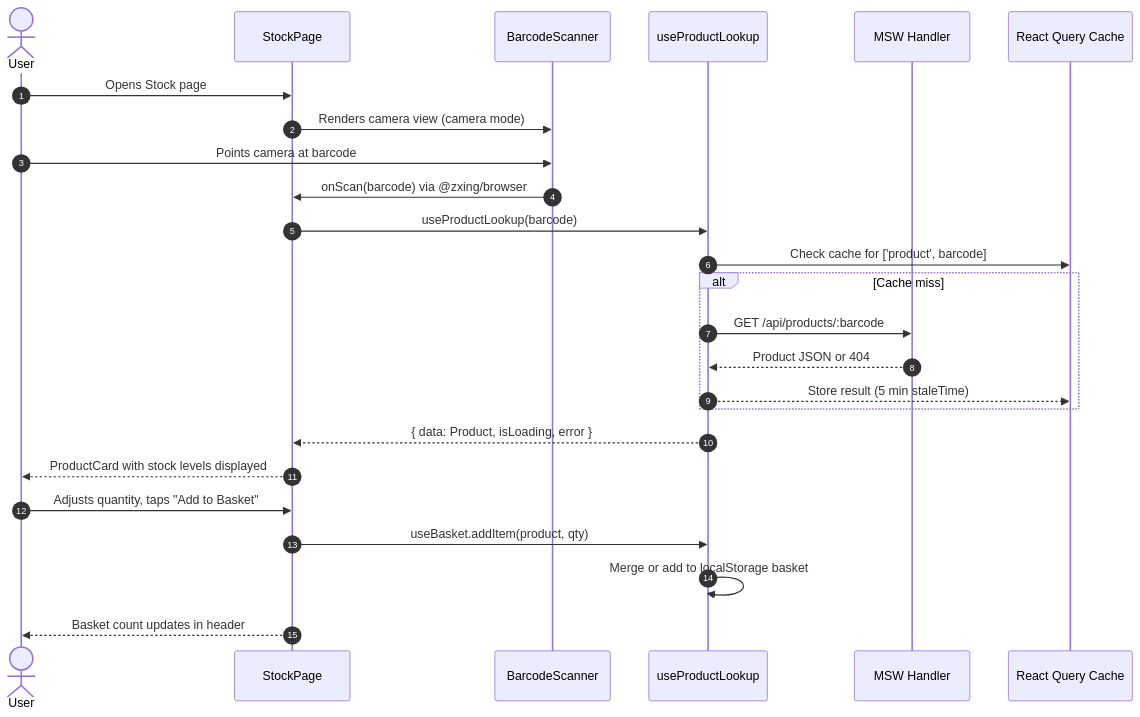
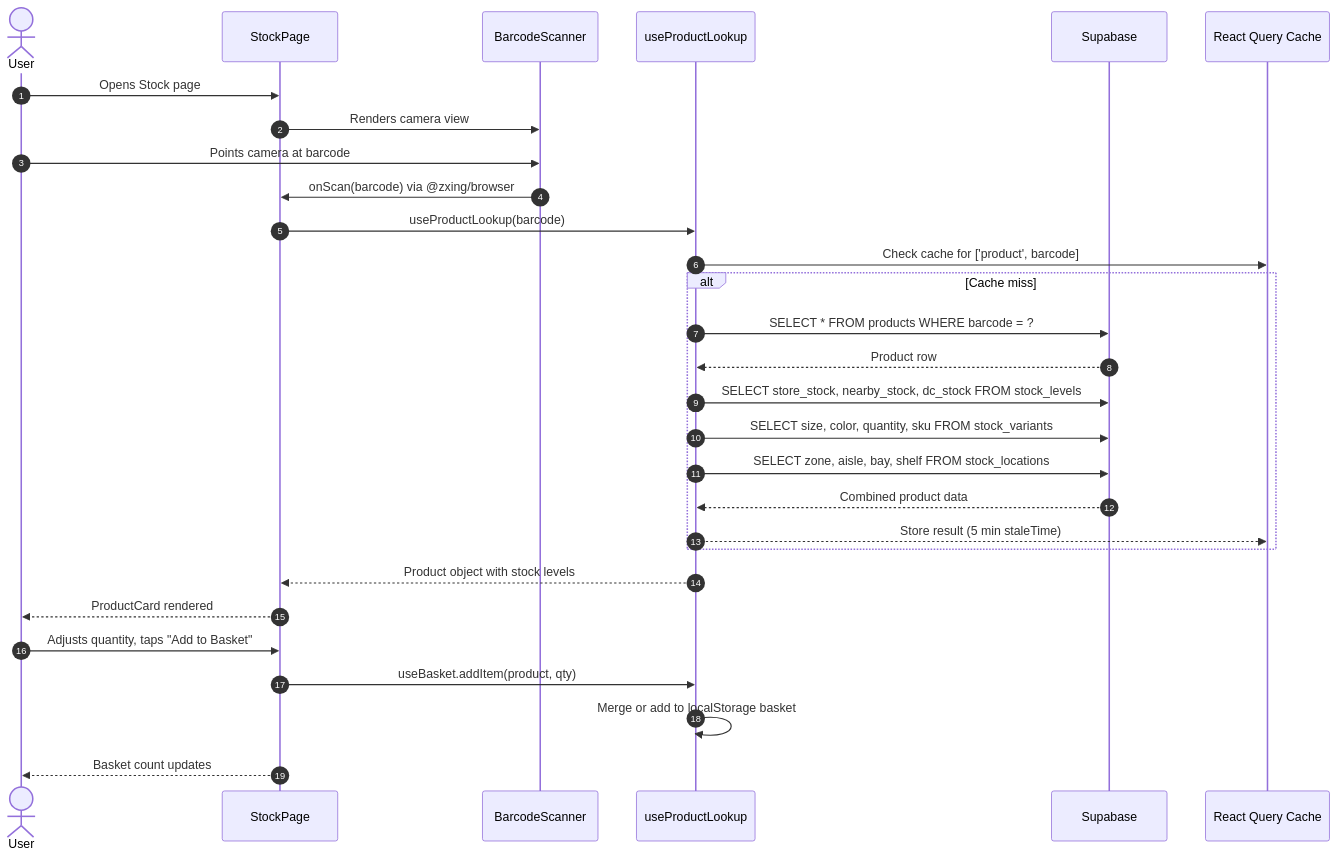
The third of 4 diagrams in docs/architecture.md (pkjohal/primark_pulse_poc), drawn with Mermaid before and after one commit. The commit also changed other lines of this file and 5 other files, not shown here.

````diff
--- a/docs/architecture.md
+++ b/docs/architecture.md
@@ -169,29 +165,33 @@
 ```mermaid
 sequenceDiagram
   autonumber
   actor User
   participant UI as StockPage
   participant Scanner as BarcodeScanner
   participant Hook as useProductLookup
-  participant MSW as MSW Handler
+  participant SB as Supabase
   participant Cache as React Query Cache
 
   User->>UI: Opens Stock page
-  UI->>Scanner: Renders camera view (camera mode)
+  UI->>Scanner: Renders camera view
   User->>Scanner: Points camera at barcode
   Scanner->>UI: onScan(barcode) via @zxing/browser
   UI->>Hook: useProductLookup(barcode)
   Hook->>Cache: Check cache for ['product', barcode]
   alt Cache miss
-    Hook->>MSW: GET /api/products/:barcode
-    MSW-->>Hook: Product JSON or 404
+    Hook->>SB: SELECT * FROM products WHERE barcode = ?
+    SB-->>Hook: Product row
+    Hook->>SB: SELECT store_stock, nearby_stock, dc_stock FROM stock_levels
+    Hook->>SB: SELECT size, color, quantity, sku FROM stock_variants
+    Hook->>SB: SELECT zone, aisle, bay, shelf FROM stock_locations
+    SB-->>Hook: Combined product data
     Hook-->>Cache: Store result (5 min staleTime)
   end
-  Hook-->>UI: { data: Product, isLoading, error }
-  UI-->>User: ProductCard with stock levels displayed
+  Hook-->>UI: Product object with stock levels
+  UI-->>User: ProductCard rendered
 
   User->>UI: Adjusts quantity, taps "Add to Basket"
   UI->>Hook: useBasket.addItem(product, qty)
   Hook->>Hook: Merge or add to localStorage basket
-  UI-->>User: Basket count updates in header
+  UI-->>User: Basket count updates
 ```
````
